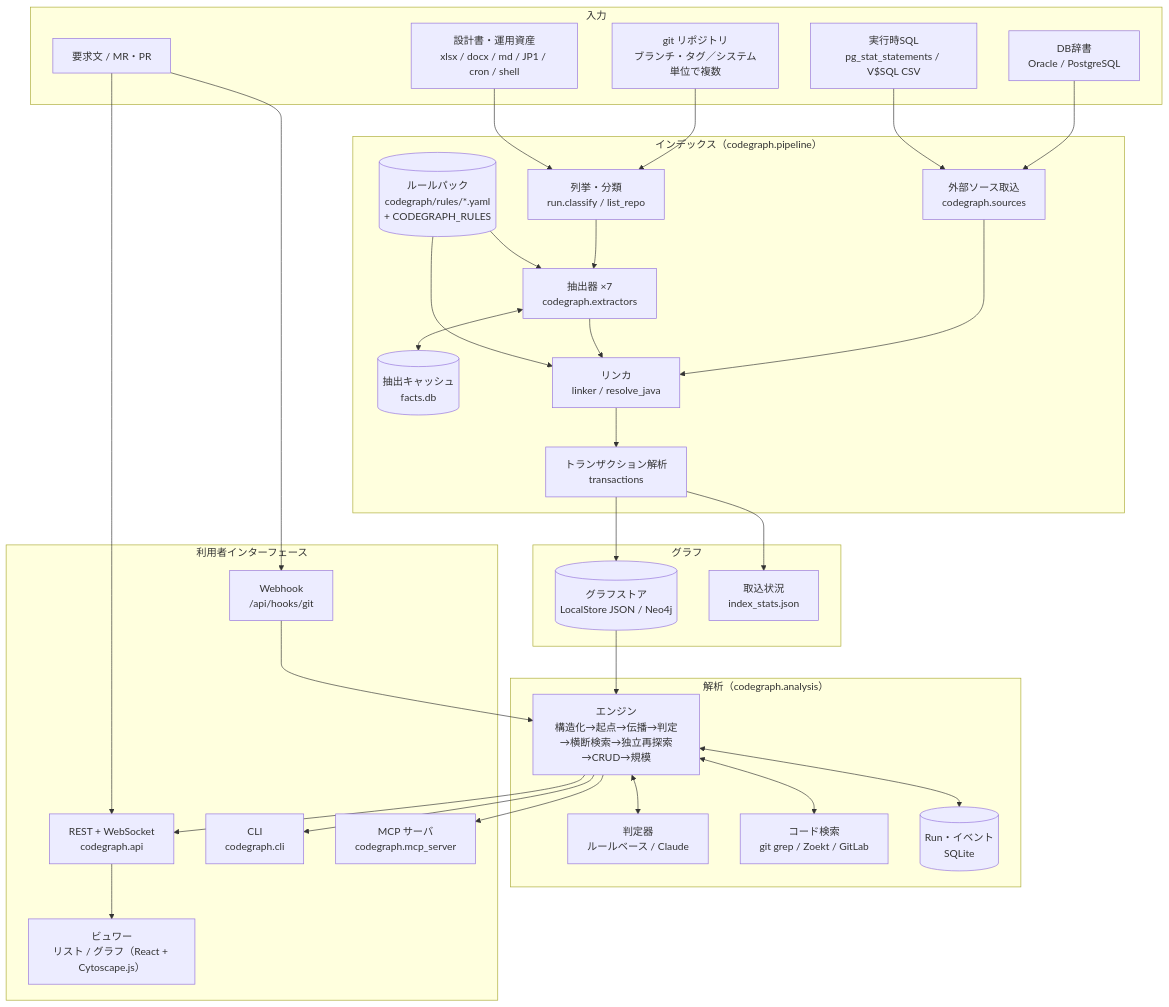
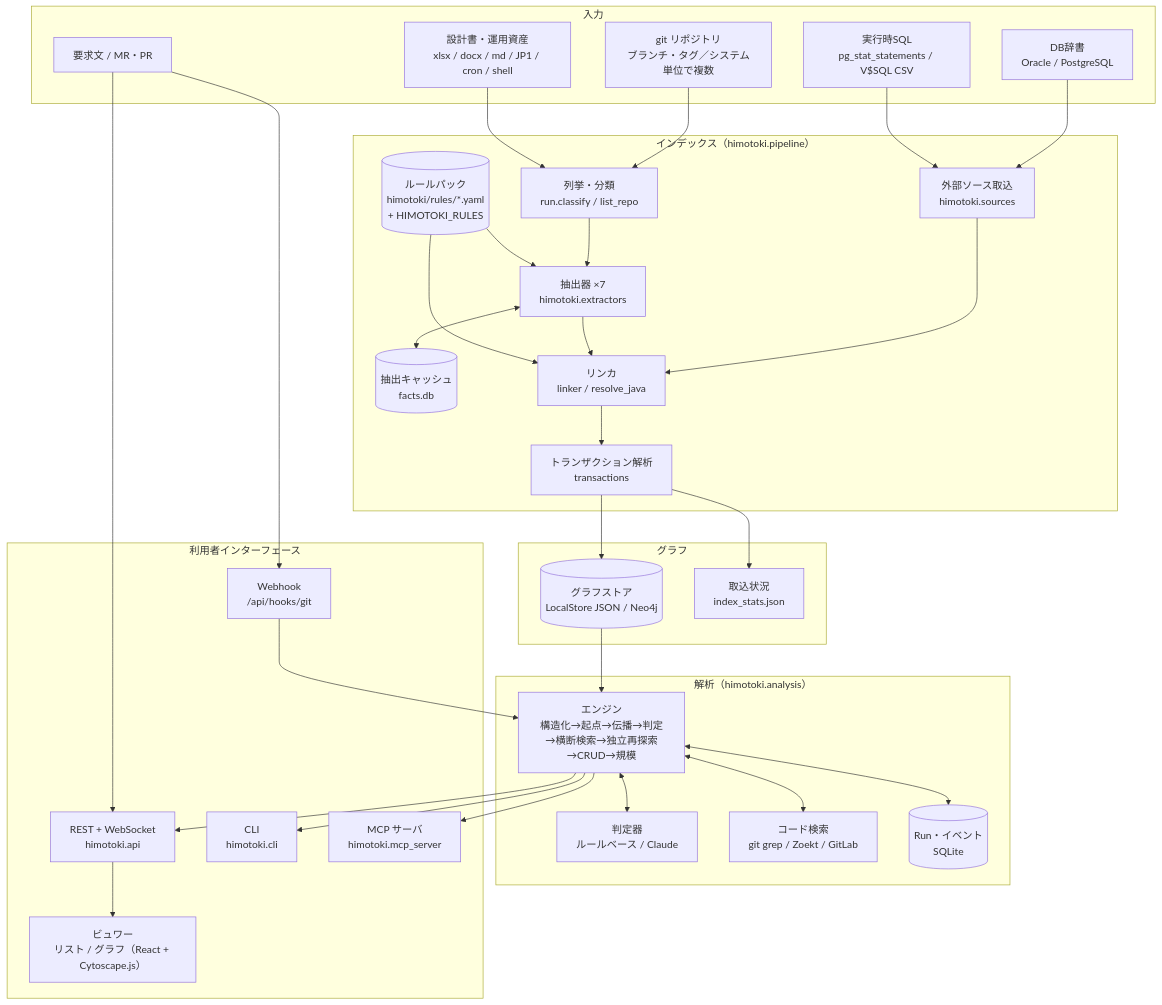
Before and after one commit to mstkfeb20-collab/himotoki: the first of 5 diagrams in docs/ARCHITECTURE.md, drawn with Mermaid. The commit also changed other lines of this file and 120 other files, not shown here.

First line of the commit message:
Rename codegraph to himotoki

````diff
--- a/docs/ARCHITECTURE.md
+++ b/docs/ARCHITECTURE.md
@@ -66,65 +66,65 @@
 ```mermaid
 flowchart TB
   subgraph Inputs["入力"]
     R[git リポジトリ<br/>ブランチ・タグ／システム単位で複数]
     D[設計書・運用資産<br/>xlsx / docx / md / JP1 / cron / shell]
     C[DB辞書<br/>Oracle / PostgreSQL]
     RT[実行時SQL<br/>pg_stat_statements / V$SQL CSV]
     Q[要求文 / MR・PR]
   end
 
-  subgraph Index["インデックス（codegraph.pipeline）"]
+  subgraph Index["インデックス（himotoki.pipeline）"]
     L[列挙・分類<br/>run.classify / list_repo]
-    X[抽出器 ×7<br/>codegraph.extractors]
-    RP[(ルールパック<br/>codegraph/rules/*.yaml<br/>+ CODEGRAPH_RULES)]
+    X[抽出器 ×7<br/>himotoki.extractors]
+    RP[(ルールパック<br/>himotoki/rules/*.yaml<br/>+ HIMOTOKI_RULES)]
     FC[(抽出キャッシュ<br/>facts.db)]
     K[リンカ<br/>linker / resolve_java]
     TX[トランザクション解析<br/>transactions]
-    S[外部ソース取込<br/>codegraph.sources]
+    S[外部ソース取込<br/>himotoki.sources]
   end
 
   subgraph Store["グラフ"]
     G[(グラフストア<br/>LocalStore JSON / Neo4j)]
     REP[取込状況<br/>index_stats.json]
   end
 
-  subgraph Analysis["解析（codegraph.analysis）"]
+  subgraph Analysis["解析（himotoki.analysis）"]
     E[エンジン<br/>構造化→起点→伝播→判定→横断検索→独立再探索→CRUD→規模]
     LLM[判定器<br/>ルールベース / Claude]
     CS[コード検索<br/>git grep / Zoekt / GitLab]
     RS[(Run・イベント<br/>SQLite)]
   end
 
   subgraph Front["利用者インターフェース"]
-    API[REST + WebSocket<br/>codegraph.api]
+    API[REST + WebSocket<br/>himotoki.api]
     V[ビュワー<br/>リスト / グラフ（React + Cytoscape.js）]
-    CLI[CLI<br/>codegraph.cli]
-    MCP[MCP サーバ<br/>codegraph.mcp_server]
+    CLI[CLI<br/>himotoki.cli]
+    MCP[MCP サーバ<br/>himotoki.mcp_server]
     WH[Webhook<br/>/api/hooks/git]
   end
 
   R --> L
   D --> L
   L --> X
   RP --> X
   X <--> FC
   C --> S
   RT --> S
   S --> K
   X --> K
   RP --> K
   K --> TX
   TX --> G
   TX --> REP
   Q --> API
   Q --> WH
   G --> E
   E <--> LLM
   E <--> CS
   E <--> RS
   E --> API
   API --> V
   E --> CLI
   E --> MCP
   WH --> E
 ```
````
